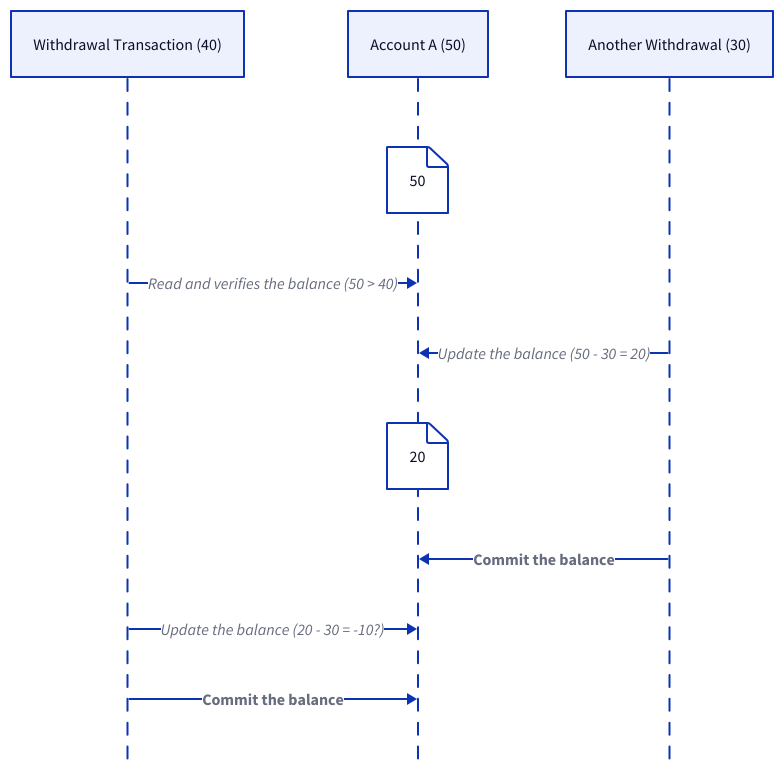
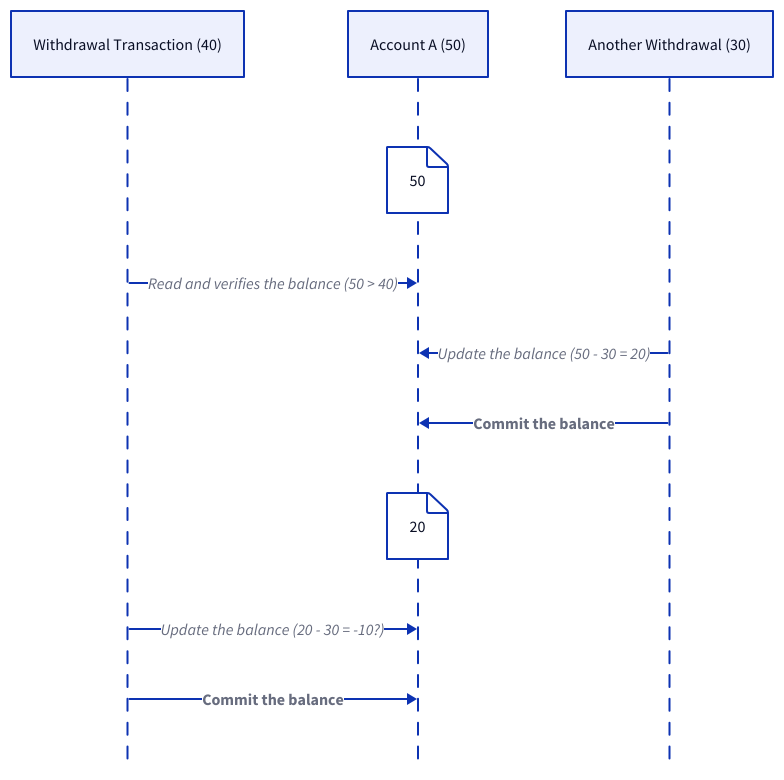
Before and after one commit to link1905/system-design-101: the tenth of 29 diagrams in content/docs/data-persistence/sql-database/concurrency-control.md, drawn with D2. The commit also changed other lines of this file and 49 other files, not shown here.

````diff
--- a/content/docs/data-persistence/sql-database/concurrency-control.md
+++ b/content/docs/data-persistence/sql-database/concurrency-control.md
@@ -328,23 +333,23 @@
 ```d2
 shape: sequence_diagram
 t: Withdrawal Transaction (40)
 a: Account A (50)
 t1: Another Withdrawal (30)
 a {
   "50"
 }
 t -> a: Read and verifies the balance (50 > 40)
 t1 -> a: Update the balance (50 - 30 = 20)
+t1 -> a: Commit the balance {
+    style.bold: true
+}
 a {
   "20"
-}
-t1 -> a: Commit the balance {
-    style.bold: true
 }
 t -> a: Update the balance (20 - 30 = -10?) {
     class: error-conn
 }
 t -> a: Commit the balance {
     style.bold: true
 }
 ```
````
